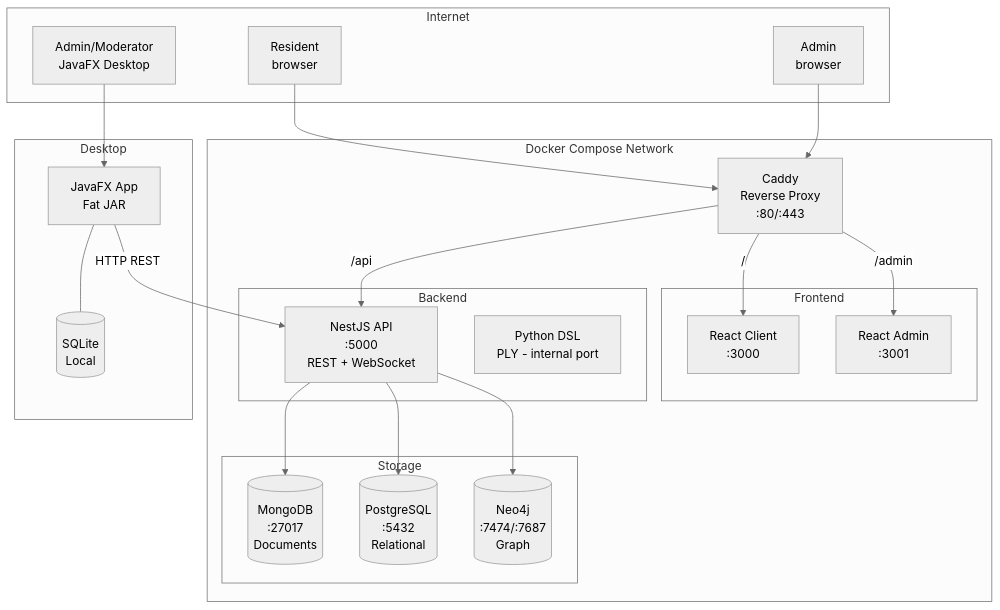
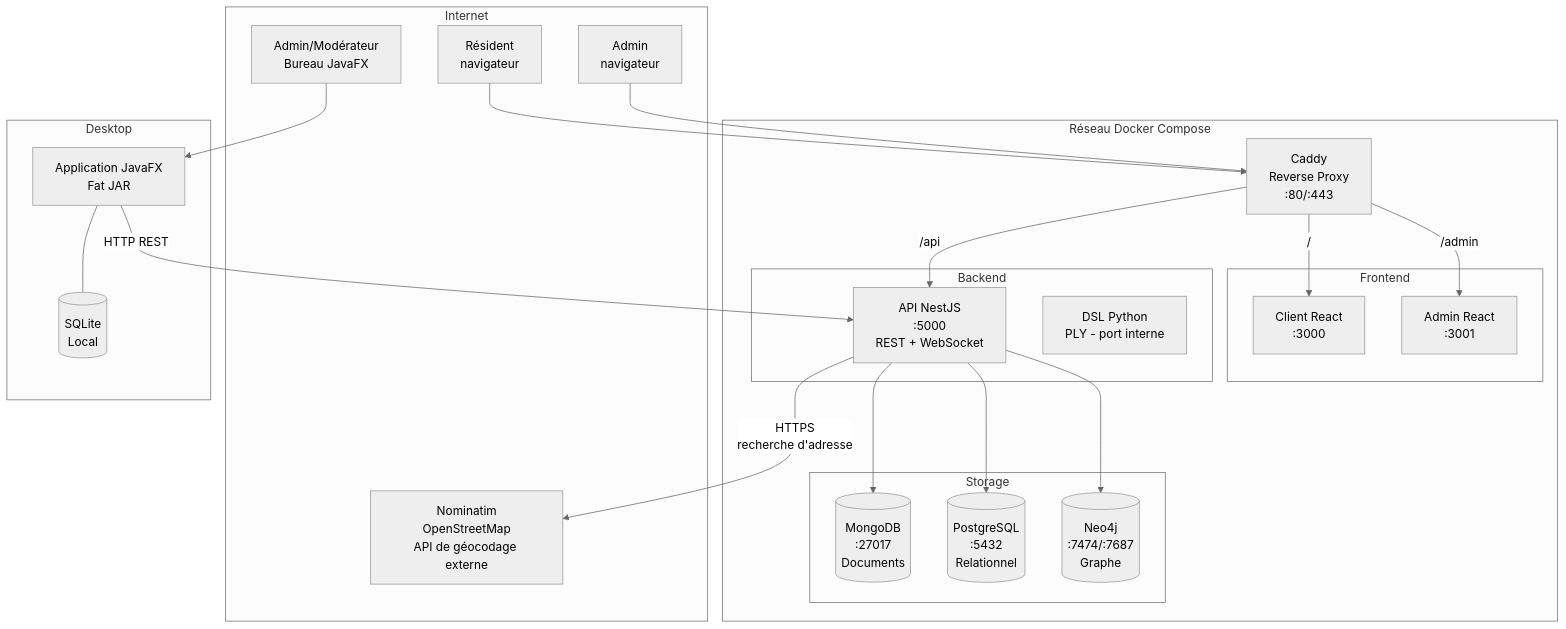
The first of 21 diagrams in docs/ARCHITECTURE.md (creibaud/QuartierConnect), drawn with Mermaid (neutral theme) before and after one commit. The commit also changed other lines of this file and 27 other files, not shown here.

````diff
--- a/docs/ARCHITECTURE.md
+++ b/docs/ARCHITECTURE.md
@@ -35,45 +35,47 @@
 ```mermaid
 graph TB
     subgraph Internet
-        U1[Resident<br/>browser]
-        U2[Admin<br/>browser]
-        U3[Admin/Moderator<br/>JavaFX Desktop]
+        U1[Résident<br/>navigateur]
+        U2[Admin<br/>navigateur]
+        U3[Admin/Modérateur<br/>Bureau JavaFX]
+        NOM[Nominatim<br/>OpenStreetMap<br/>API de géocodage externe]
     end
 
-    subgraph Docker["Docker Compose Network"]
+    subgraph Docker["Réseau Docker Compose"]
         CADDY[Caddy<br/>Reverse Proxy<br/>:80/:443]
 
         subgraph Frontend
-            CLIENT[React Client<br/>:3000]
-            ADMIN[React Admin<br/>:3001]
+            CLIENT[Client React<br/>:3000]
+            ADMIN[Admin React<br/>:3001]
         end
 
         subgraph Backend
-            API[NestJS API<br/>:5000<br/>REST + WebSocket]
-            PYTHON[Python DSL<br/>PLY - internal port]
+            API[API NestJS<br/>:5000<br/>REST + WebSocket]
+            PYTHON[DSL Python<br/>PLY - port interne]
         end
 
         subgraph Storage
             MONGO[(MongoDB<br/>:27017<br/>Documents)]
-            PG[(PostgreSQL<br/>:5432<br/>Relational)]
-            NEO4J[(Neo4j<br/>:7474/:7687<br/>Graph)]
+            PG[(PostgreSQL<br/>:5432<br/>Relationnel)]
+            NEO4J[(Neo4j<br/>:7474/:7687<br/>Graphe)]
         end
     end
 
     subgraph Desktop
-        JAVA[JavaFX App<br/>Fat JAR]
+        JAVA[Application JavaFX<br/>Fat JAR]
         SQLITE[(SQLite<br/>Local)]
     end
 
     U1 --> CADDY
     U2 --> CADDY
     U3 --> JAVA
     CADDY -->|"/"| CLIENT
     CADDY -->|"/admin"| ADMIN
     CADDY -->|"/api"| API
     API --> MONGO
     API --> PG
     API --> NEO4J
+    API -->|HTTPS<br/>recherche d'adresse| NOM
     JAVA -->|HTTP REST| API
     JAVA --- SQLITE
 ```
````
